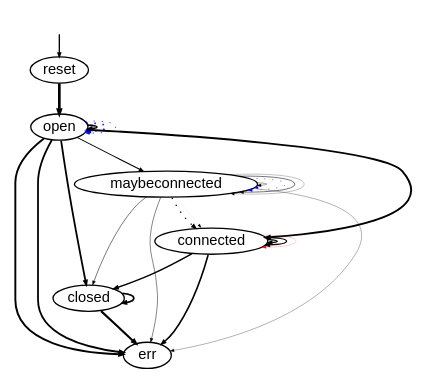
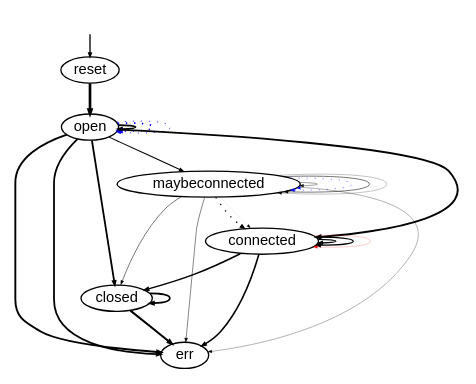
The diagram in log/nio-path-state-1000.dot (cyrille-artho/modbat), drawn with Graphviz before and after one commit. The commit also changed 14 other files, not shown here.

```diff
--- a/log/nio-path-state-1000.dot
+++ b/log/nio-path-state-1000.dot
@@ -1,35 +1,9 @@
 digraph model {
   orientation = portrait;
-  graph [ rankdir = "TB", ranksep="0.1", nodesep="0.1" ];
+  graph [ rankdir = "TB", ranksep="0.08", nodesep="0.18" ];
   node [ fontname = "Helvetica", fontsize="11.0", shape="ellipse", margin="0.01", height="0.1", width="0.5" ];
   edge [ fontname = "Helvetica", arrowsize=".3", arrowhead="normal", fontsize="6.0", margin="0.05" ];
 None [shape=none, style=invis, width=0.1, height=0.1];
 None->reset;
 {rank = source; None}
-reset->open[penwidth="2.0043213737826426",label = " "];
-open->err[penwidth="1.437750562820388",label = " "];
-open->open[penwidth="1.2695129442179163",label = " "];
-open->closed[penwidth="1.3463529744506386",label = " "];
-closed->err[penwidth="1.5622928644564746",label = " "];
-closed->closed[penwidth="1.3031960574204888",label = " "];
-open->maybeconnected[penwidth="0.785329835010767",label = " "];
-maybeconnected->maybeconnected[penwidth="0.2787536009528289",label = " "];
-maybeconnected->maybeconnected[style=dotted, color=blue,penwidth="0.07918124604762482",label = " "];
-maybeconnected->err[penwidth="0.36172783601759284",label = " "];
-maybeconnected->err[penwidth="0.2304489213782739",label = " "];
-maybeconnected->maybeconnected[style=dotted, color=blue,penwidth="0.3424226808222063",label = " "];
-maybeconnected->connected[penwidth="0.04139268515822508",label = " "];
-connected->closed[penwidth="1.1398790864012365",label = " "];
-maybeconnected->maybeconnected[penwidth="0.414973347970818",label = " "];
-maybeconnected->connected[style=dotted];
-connected->err[penwidth="1.1931245983544616",label = " "];
-maybeconnected->maybeconnected[penwidth="0.17609125905568124",label = " "];
-connected->connected[penwidth="1.0086001717619175",label = " "];
-connected->connected[penwidth="0.9912260756924949",label = " "];
-maybeconnected->closed[penwidth="0.3979400086720376",label = " "];
-open->open[style=dotted, color=blue,penwidth="1.2405492482825997",label = " "];
-open->connected[penwidth="1.4345689040341987",label = " "];
-open->open[style=dotted, color=blue,penwidth="0.5314789170422551",label = " "];
-open->err[penwidth="1.3443922736851108",label = " "];
-connected->connected[color=red,penwidth="0.146128035678238",label = " "];
-}
+reset->open[penwidth="2.0043213737826426",label = " "];open->err[penwidth="1.437750562820388",label = " "];open->open[penwidth="1.2695129442179163",label = " "];open->closed[penwidth="1.3463529744506386",label = " "];closed->err[penwidth="1.5622928644564746",label = " "];closed->closed[penwidth="1.3031960574204888",label = " "];open->maybeconnected[penwidth="0.785329835010767",label = " "];maybeconnected->maybeconnected[penwidth="0.2787536009528289",label = " "];maybeconnected->maybeconnected[style=dotted, color=blue,penwidth="0.07918124604762482",label = " "];maybeconnected->err[penwidth="0.36172783601759284",label = " "];maybeconnected->err[penwidth="0.2304489213782739",label = " "];maybeconnected->maybeconnected[style=dotted, color=blue,penwidth="0.3424226808222063",label = " "];maybeconnected->connected[penwidth="0.04139268515822508",label = " "];connected->closed[penwidth="1.1398790864012365",label = " "];maybeconnected->maybeconnected[penwidth="0.414973347970818",label = " "];maybeconnected->connected[style=dotted];connected->err[penwidth="1.1931245983544616",label = " "];maybeconnected->maybeconnected[penwidth="0.17609125905568124",label = " "];connected->connected[penwidth="1.0086001717619175",label = " "];connected->connected[penwidth="0.9912260756924949",label = " "];maybeconnected->closed[penwidth="0.3979400086720376",label = " "];open->open[style=dotted, color=blue,penwidth="1.2405492482825997",label = " "];open->connected[penwidth="1.4345689040341987",label = " "];open->open[style=dotted, color=blue,penwidth="0.5314789170422551",label = " "];open->err[penwidth="1.3443922736851108",label = " "];connected->connected[color=red,penwidth="0.146128035678238",label = " "];}
```
